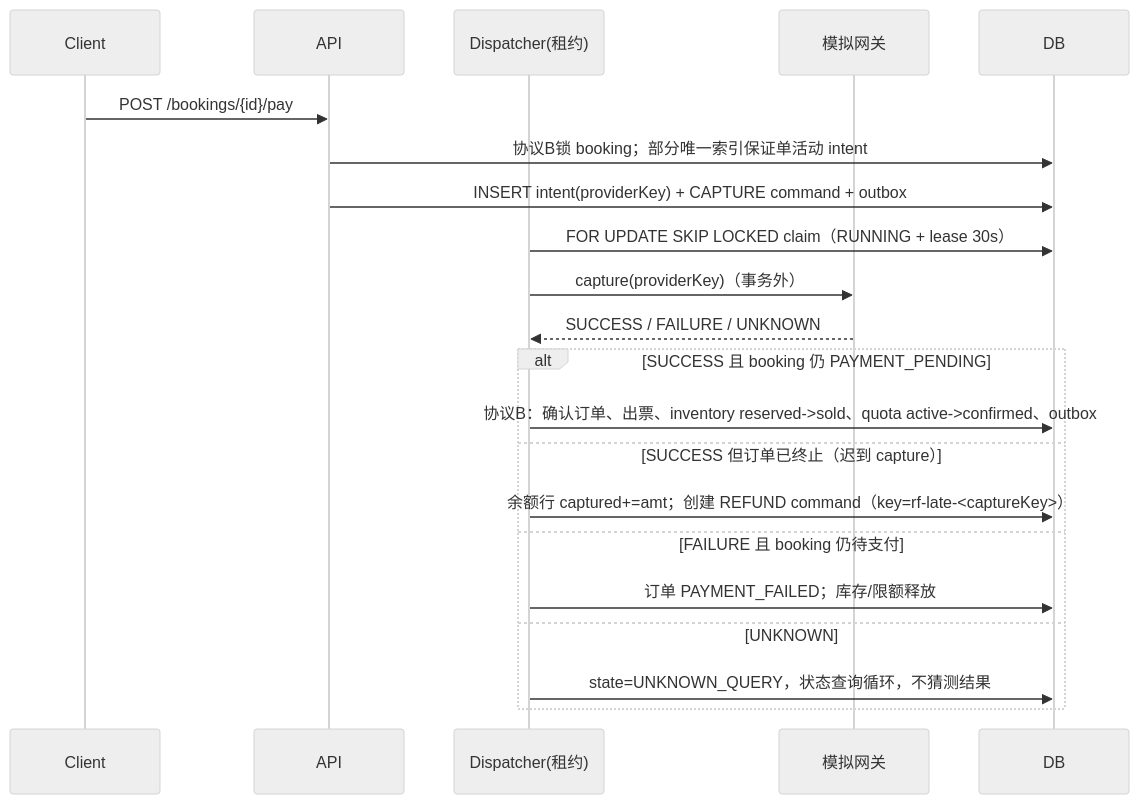
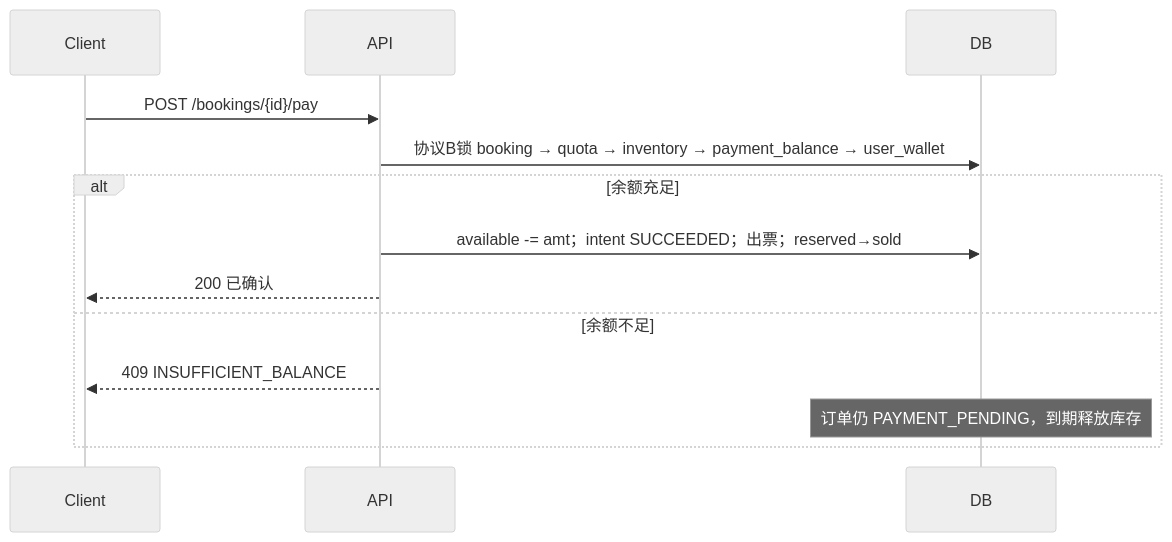
The fifth of 6 diagrams in docs/architecture.md (kaiwenyao/eventpulse), drawn with Mermaid (neutral theme) before and after one commit. The commit also changed other lines of this file and 41 other files, not shown here.

First line of the commit message:
Replace simulated payment gateway with in-transaction user wallet (#6)

````diff
--- a/docs/architecture.md
+++ b/docs/architecture.md
@@ -109,24 +105,16 @@
 ```mermaid
 sequenceDiagram
     participant C as Client
     participant API
-    participant D as Dispatcher(租约)
-    participant G as 模拟网关
     participant DB
 
     C->>API: POST /bookings/{id}/pay
-    API->>DB: 协议B锁 booking；部分唯一索引保证单活动 intent
-    API->>DB: INSERT intent(providerKey) + CAPTURE command + outbox
-    D->>DB: FOR UPDATE SKIP LOCKED claim（RUNNING + lease 30s）
-    D->>G: capture(providerKey)（事务外）
-    G-->>D: SUCCESS / FAILURE / UNKNOWN
-    alt SUCCESS 且 booking 仍 PAYMENT_PENDING
-        D->>DB: 协议B：确认订单、出票、inventory reserved->sold、quota active->confirmed、outbox
-    else SUCCESS 但订单已终止（迟到 capture）
-        D->>DB: 余额行 captured+=amt；创建 REFUND command（key=rf-late-<captureKey>）
-    else FAILURE 且 booking 仍待支付
-        D->>DB: 订单 PAYMENT_FAILED；库存/限额释放
-    else UNKNOWN
-        D->>DB: state=UNKNOWN_QUERY，状态查询循环，不猜测结果
+    API->>DB: 协议B锁 booking → quota → inventory → payment_balance → user_wallet
+    alt 余额充足
+        API->>DB: available -= amt；intent SUCCEEDED；出票；reserved→sold
+        API-->>C: 200 已确认
+    else 余额不足
+        API-->>C: 409 INSUFFICIENT_BALANCE
+        Note over DB: 订单仍 PAYMENT_PENDING，到期释放库存
     end
 ```
````
